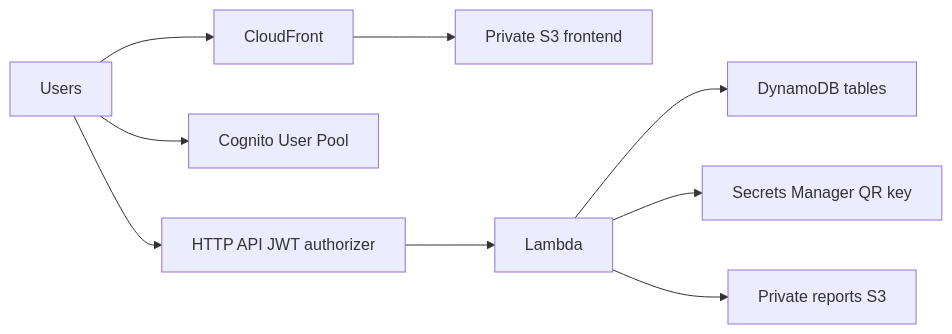
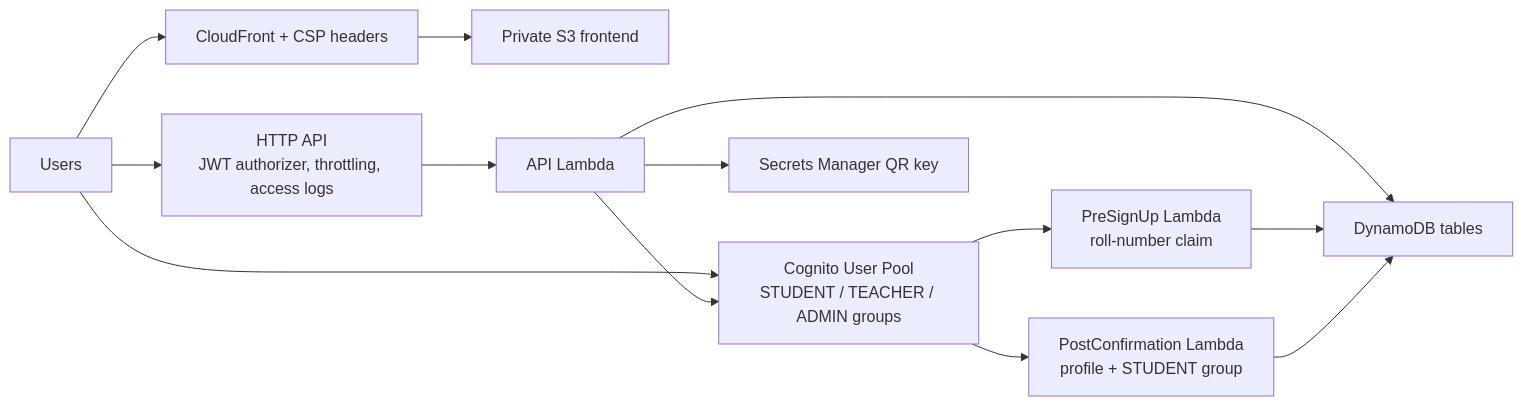
The first of 2 diagrams in docs/architecture.md (iwhozaifa/cloudattend), drawn with Mermaid before and after one commit. The commit also changed other lines of this file and 5 other files, not shown here.

````diff
--- a/docs/architecture.md
+++ b/docs/architecture.md
@@ -3,9 +3,13 @@
 ```mermaid
 flowchart LR
-U[Users]-->CF[CloudFront]-->S3[Private S3 frontend]
-U-->C[Cognito User Pool]
-U-->API[HTTP API JWT authorizer]-->L[Lambda]
+U[Users]-->CF[CloudFront + CSP headers]-->S3[Private S3 frontend]
+U-->C[Cognito User Pool<br/>STUDENT / TEACHER / ADMIN groups]
+C-->PS[PreSignUp Lambda<br/>roll-number claim]
+C-->PC[PostConfirmation Lambda<br/>profile + STUDENT group]
+U-->API[HTTP API<br/>JWT authorizer, throttling, access logs]-->L[API Lambda]
 L-->D[DynamoDB tables]
 L-->SM[Secrets Manager QR key]
-L-->R[Private reports S3]
+L-->C
+PS-->D
+PC-->D
 ```
````
